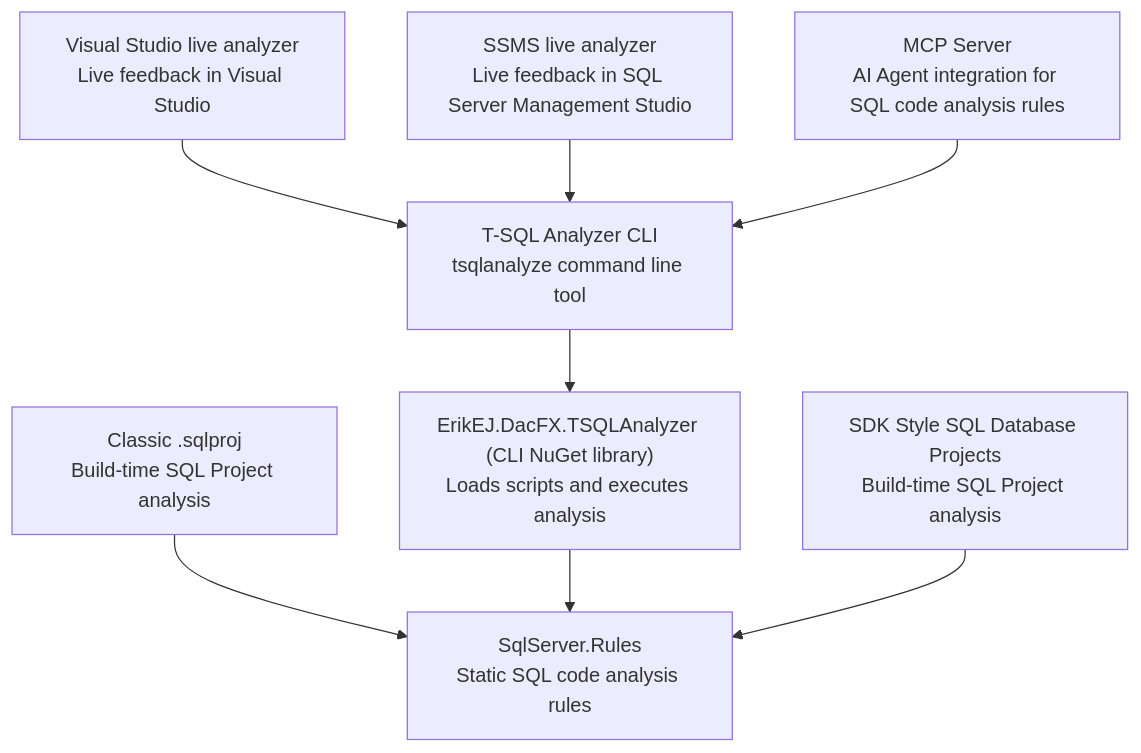
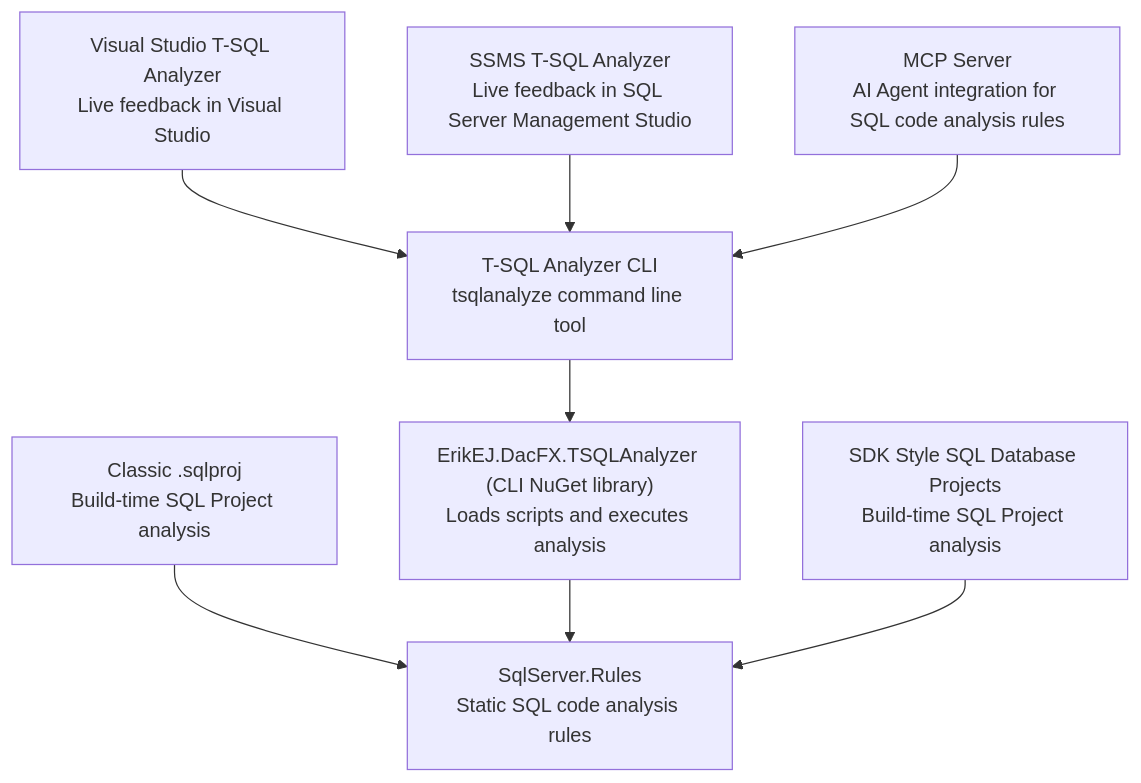
One commit to ErikEJ/SqlServer.Rules changed the diagram in README.md. Above: the diagram before and after it, drawn with Mermaid. The commit also changed 2 other files, not shown here.

Commit message:
Fix adhoc scripts false positive (#596)
* Fix adhoc scripts false positive

* Fix BatchWrapperTests to expect END; suffix

---------

````diff
--- a/README.md
+++ b/README.md
@@ -21,19 +21,19 @@
 ```mermaid
 flowchart TD
-    VS["Visual Studio live analyzer<br/>Live feedback in Visual Studio"]
-    SSMS["SSMS live analyzer<br/>Live feedback in SQL Server Management Studio"]
+    VS["Visual Studio T-SQL Analyzer<br/>Live feedback in Visual Studio"]
+    SSMS["SSMS T-SQL Analyzer<br/>Live feedback in SQL Server Management Studio"]
     CLI["T-SQL Analyzer CLI<br/>tsqlanalyze command line tool"]
     CLILIB["ErikEJ.DacFX.TSQLAnalyzer (CLI NuGet library)<br/>Loads scripts and executes analysis"]
     MBSQL["SDK Style SQL Database Projects<br/>Build-time SQL Project analysis"]
     CLASSIC["Classic .sqlproj<br/>Build-time SQL Project analysis"]
     RULES["SqlServer.Rules<br/>Static SQL code analysis rules"]
     MCP["MCP Server<br/>AI Agent integration for SQL code analysis rules"]
 
     VS --> CLI
     SSMS --> CLI
     CLASSIC --> RULES
     CLI --> CLILIB
     CLILIB --> RULES
     MBSQL --> RULES
     MCP --> CLI
 ```
````
